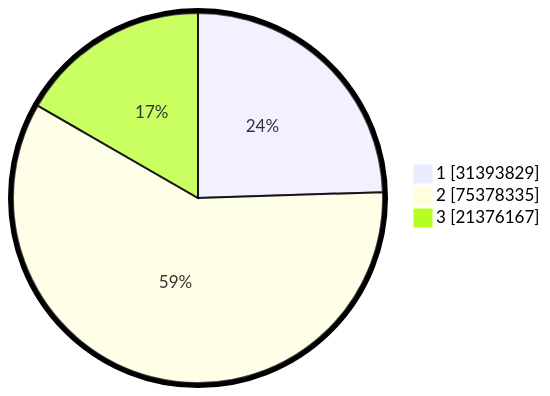
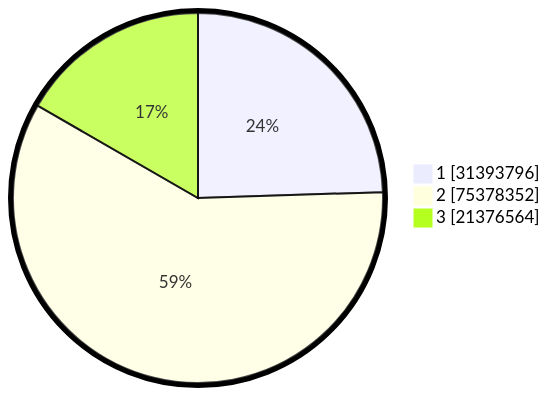
One commit to gigit-pemilu/pemilu-2024 changed the second of 2 diagrams in pilpres/hitung-suara/README.md. Above: the diagram before and after it, drawn with Mermaid. The commit also changed other lines of this file and 5 other files, not shown here.

````diff
--- a/pilpres/hitung-suara/README.md
+++ b/pilpres/hitung-suara/README.md
@@ -93,7 +93,7 @@
 ```mermaid
 %%{init: {"pie": {"textPosition": 0.5}, "themeVariables": {"pieOuterStrokeWidth": "5px"}} }%%
 pie showData
-    "1" : 31393829
-    "2" : 75378335
-    "3" : 21376167
+    "1" : 31393796
+    "2" : 75378352
+    "3" : 21376564
 ```
````
